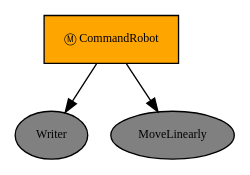
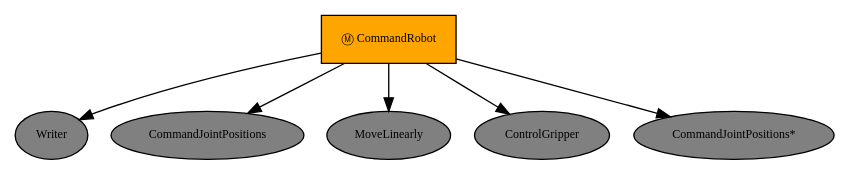
The diagram in controllers/robot_arm_controller/commandrobot.dot (Jibrangit/robot_in_kitchen), drawn with Graphviz before and after one commit. The commit also changed 14 other files, not shown here.

```diff
--- a/controllers/robot_arm_controller/commandrobot.dot
+++ b/controllers/robot_arm_controller/commandrobot.dot
@@ -1,11 +1,17 @@
 digraph pastafarianism {
 ordering=out;
 graph [fontname="times-roman"];
 node [fontname="times-roman"];
 edge [fontname="times-roman"];
 CommandRobot [fillcolor=orange, fontcolor=black, fontsize=9, label="Ⓜ CommandRobot", shape=box, style=filled];
 Writer [fillcolor=gray, fontcolor=black, fontsize=9, label=Writer, shape=ellipse, style=filled];
 CommandRobot -> Writer;
+CommandJointPositions [fillcolor=gray, fontcolor=black, fontsize=9, label=CommandJointPositions, shape=ellipse, style=filled];
+CommandRobot -> CommandJointPositions;
 MoveLinearly [fillcolor=gray, fontcolor=black, fontsize=9, label=MoveLinearly, shape=ellipse, style=filled];
 CommandRobot -> MoveLinearly;
+ControlGripper [fillcolor=gray, fontcolor=black, fontsize=9, label=ControlGripper, shape=ellipse, style=filled];
+CommandRobot -> ControlGripper;
+"CommandJointPositions*" [fillcolor=gray, fontcolor=black, fontsize=9, label="CommandJointPositions*", shape=ellipse, style=filled];
+CommandRobot -> "CommandJointPositions*";
 }
```
